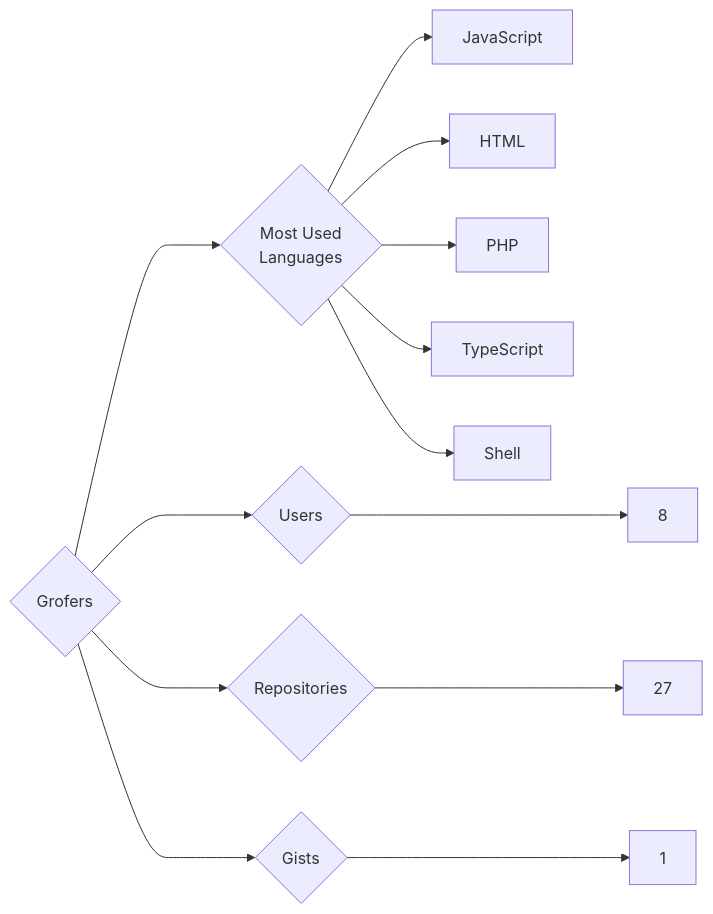
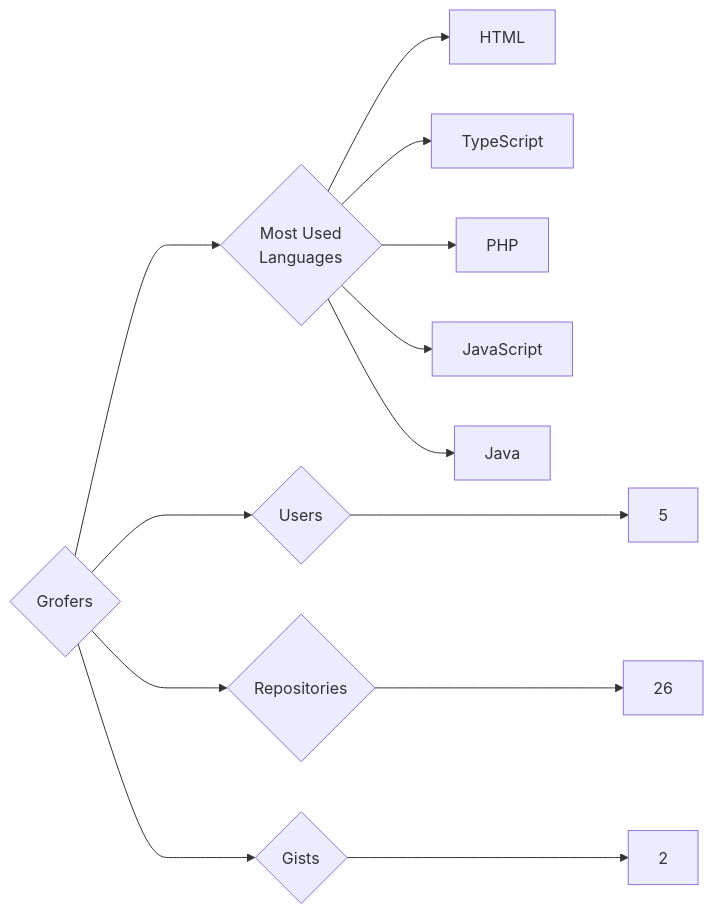
Before and after one commit to trickest/insiders: the diagram in targets/Grofers/README.md, drawn with Mermaid. The commit also changed 1036 other files, not shown here.

````diff
--- a/targets/Grofers/README.md
+++ b/targets/Grofers/README.md
@@ -3,13 +3,13 @@
 ```mermaid
 graph LR
 COMPANY_NAME{Grofers}
-COMPANY_NAME ---> U{Users} ---> UN[8]
-COMPANY_NAME ---> R{Repositories} ---> RN[27]
-COMPANY_NAME ---> G{Gists} ---> GN[1]
+COMPANY_NAME ---> U{Users} ---> UN[5]
+COMPANY_NAME ---> R{Repositories} ---> RN[26]
+COMPANY_NAME ---> G{Gists} ---> GN[2]
 COMPANY_NAME ---> ML{Most Used<br>Languages}
+ML --> HTML[HTML]
+ML --> TypeScript[TypeScript]
+ML --> PHP[PHP]
 ML --> JavaScript[JavaScript]
-ML --> HTML[HTML]
-ML --> PHP[PHP]
-ML --> TypeScript[TypeScript]
-ML --> Shell[Shell]
+ML --> Java[Java]
 ```
````
